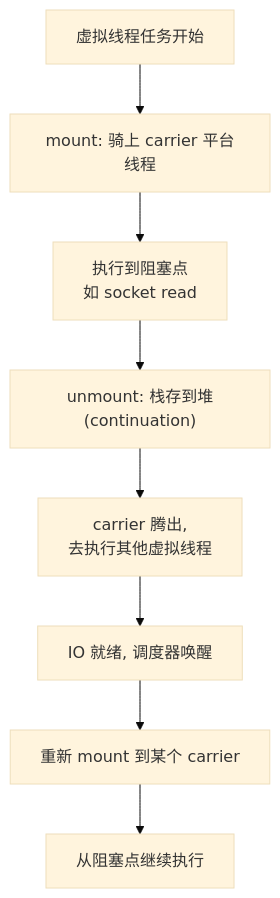
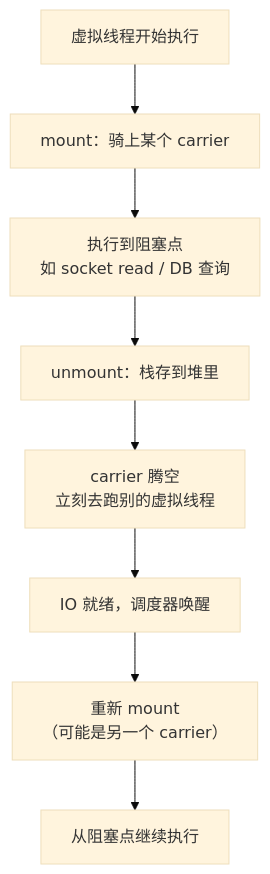
One commit to GuoWWWX/knowledge-base changed the diagram in 20-Java后端/01-Java核心/15-虚拟线程.md. Above: the diagram before and after it, drawn with Mermaid (base theme). The commit also changed other lines of this file and 214 other files, not shown here.

````diff
--- a/20-Java后端/01-Java核心/15-虚拟线程.md
+++ b/20-Java后端/01-Java核心/15-虚拟线程.md
@@ -51,10 +74,10 @@
 ```mermaid
 flowchart TD
-    A["虚拟线程任务开始"] --> B["mount: 骑上 carrier 平台线程"]
-    B --> C["执行到阻塞点<br/>如 socket read"]
-    C --> D["unmount: 栈存到堆(continuation)"]
-    D --> E["carrier 腾出,<br/>去执行其他虚拟线程"]
-    E --> F["IO 就绪, 调度器唤醒"]
-    F --> G["重新 mount 到某个 carrier"]
+    A["虚拟线程开始执行"] --> B["mount：骑上某个 carrier"]
+    B --> C["执行到阻塞点<br/>如 socket read / DB 查询"]
+    C --> D["unmount：栈存到堆里"]
+    D --> E["carrier 腾空<br/>立刻去跑别的虚拟线程"]
+    E --> F["IO 就绪，调度器唤醒"]
+    F --> G["重新 mount<br/>（可能是另一个 carrier）"]
     G --> H["从阻塞点继续执行"]
 ```
````
